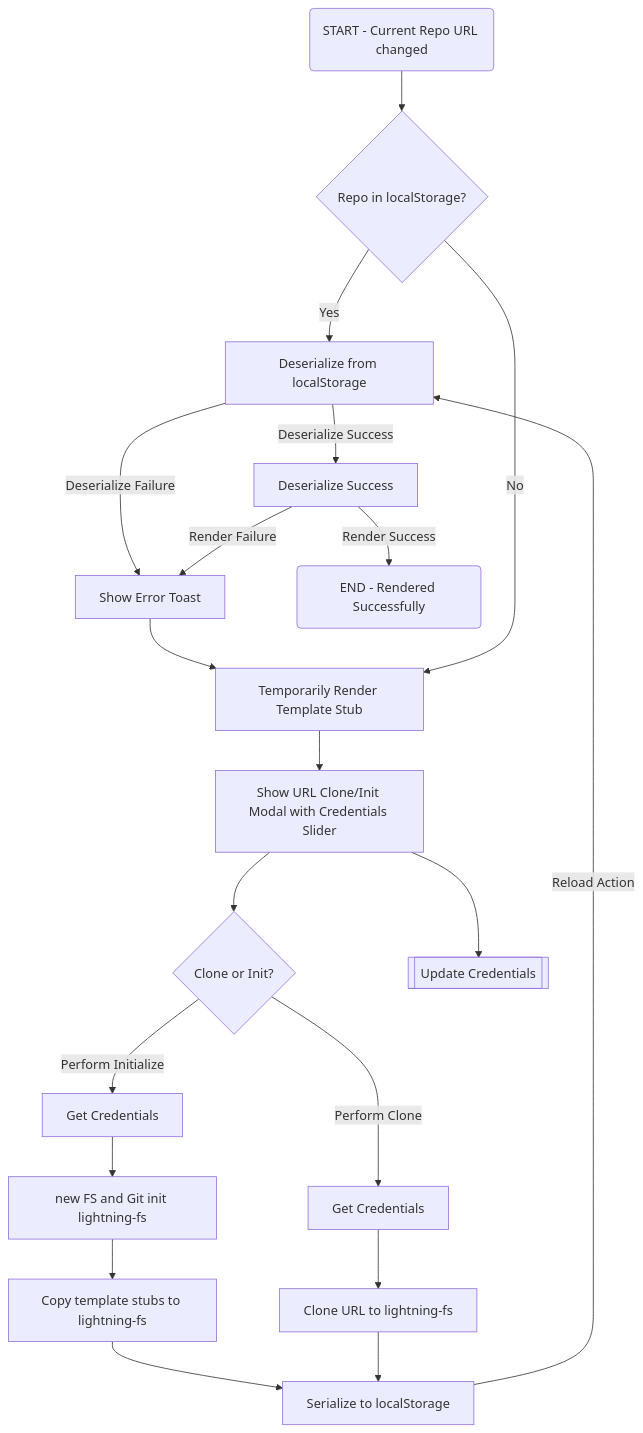
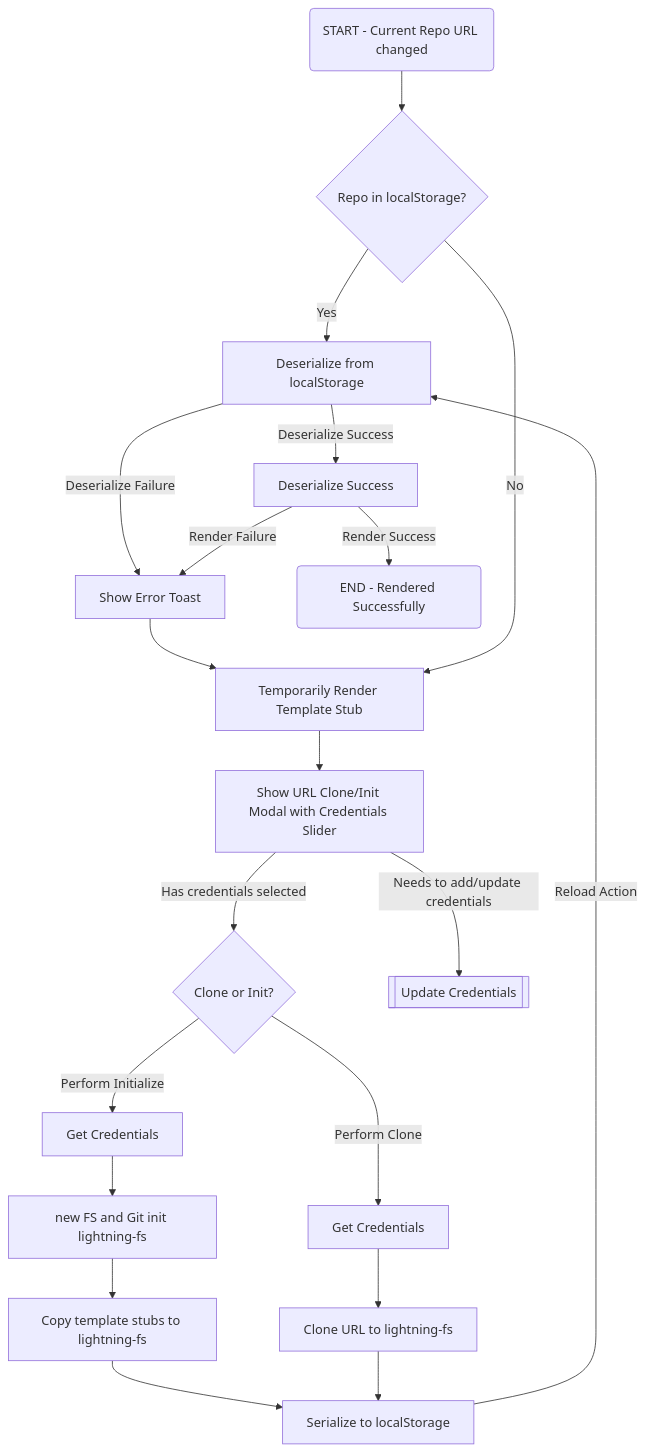
The diagram in t4rD77Dy-co_tSRwiscVs.md (sengac/gitfeatures-spec), drawn with Mermaid before and after one commit.

Commit message:
better diagram

````diff
--- a/t4rD77Dy-co_tSRwiscVs.md
+++ b/t4rD77Dy-co_tSRwiscVs.md
@@ -10,22 +10,22 @@
 ```mermaid
 graph TD
     A(START - Current Repo URL changed) --> B{Repo in localStorage?}
     B -->|Yes| deserialize[Deserialize from localStorage]
     deserialize -->|Deserialize Success| deserializeSuccess[Deserialize Success]
     deserialize -->|Deserialize Failure| errorToast[Show Error Toast]
     errorToast --> temporarilyRenderStub
     deserializeSuccess -->|Render Success| renderSuccess(END - Rendered Successfully)
     deserializeSuccess -->|Render Failure| errorToast
     B -->|No| temporarilyRenderStub[Temporarily Render Template Stub]
     temporarilyRenderStub --> E[Show Init/Clone Modal]
-    E[Show URL Clone/Init Modal with Credentials Slider] --> F{Clone or Init?}
-    E --> updateCredentials[[Update Credentials]]
+    E[Show URL Clone/Init Modal with Credentials Slider] -->|Has credentials selected| F{Clone or Init?}
+    E -->|Needs to add/update credentials| updateCredentials[[Update Credentials]]
     F -->|Perform Clone| G[Get Credentials]
     F -->|Perform Initialize| H[Get Credentials]
     H --> git-init[new FS and Git init lightning-fs]
     git-init --> copy-stub[Copy template stubs to lightning-fs]
     copy-stub --> serialize[Serialize to localStorage]
     G --> I[Clone URL to lightning-fs]
     I --> serialize
     serialize --> |Reload Action| deserialize
 ```
````
